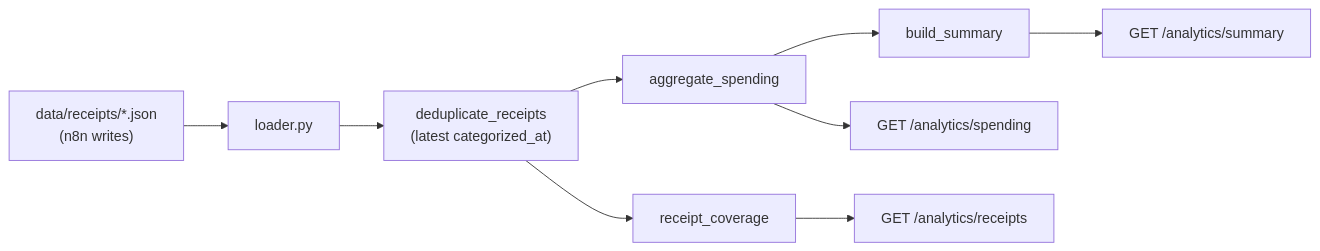
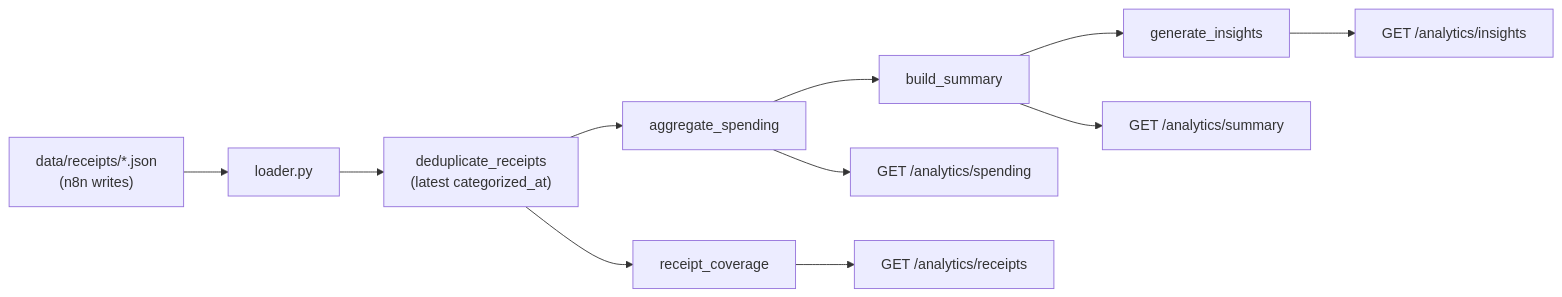
The diagram in docs/analytics.md (RoxanaTapia/receipt-intelligence-api), drawn with Mermaid before and after one commit. The commit also changed other lines of this file and 3 other files, not shown here.

````diff
--- a/docs/analytics.md
+++ b/docs/analytics.md
@@ -13,11 +13,13 @@
 ```mermaid
 flowchart LR
   Disk["data/receipts/*.json\n(n8n writes)"] --> Loader["loader.py"]
   Loader --> Dedup["deduplicate_receipts\n(latest categorized_at)"]
   Dedup --> Agg["aggregate_spending"]
   Agg --> Summary["build_summary"]
+  Summary --> Insights["generate_insights"]
   Dedup --> Coverage["receipt_coverage"]
   Agg --> REST["GET /analytics/spending"]
   Summary --> REST2["GET /analytics/summary"]
+  Insights --> REST4["GET /analytics/insights"]
   Coverage --> REST3["GET /analytics/receipts"]
 ```
````
